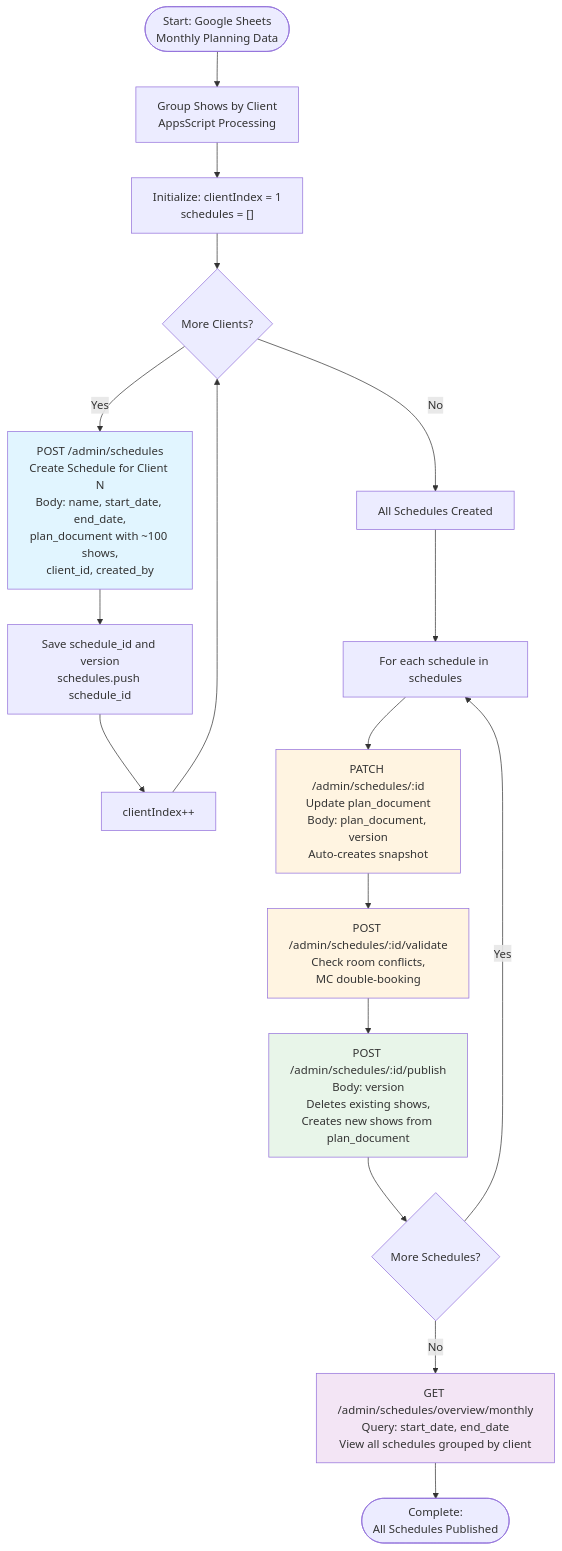
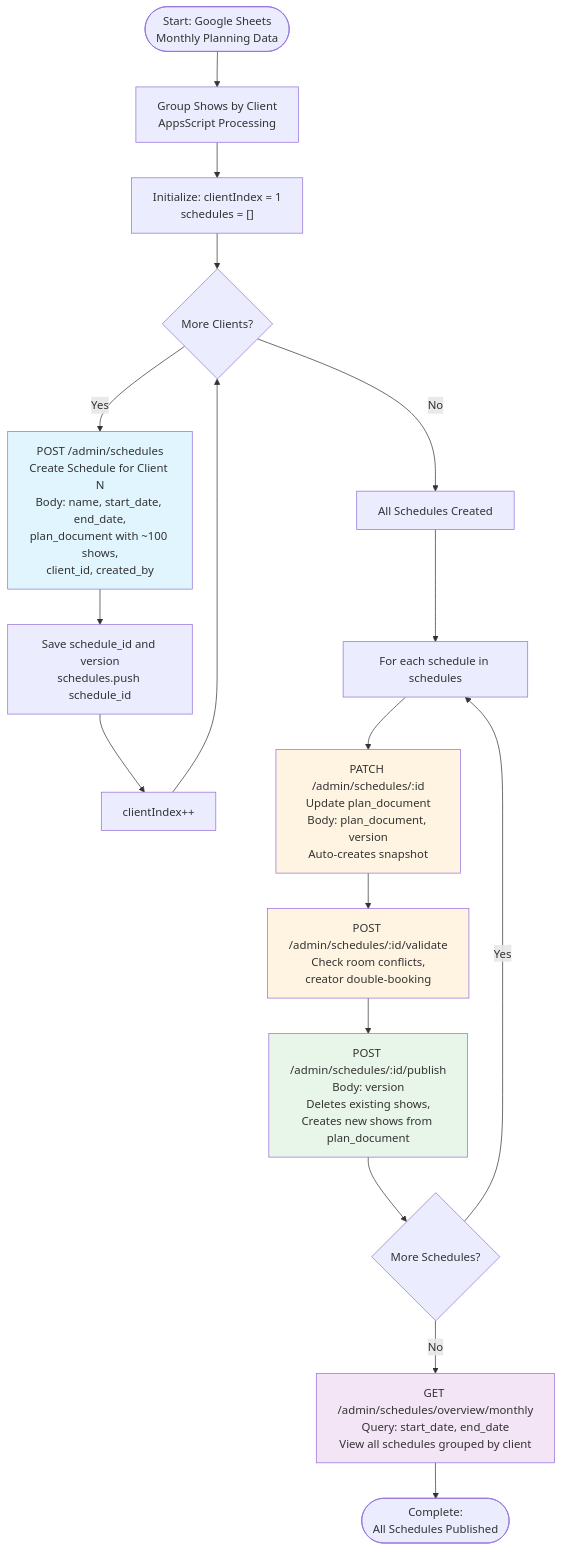
One commit to allenlin90/eridu-services changed the first of 2 diagrams in apps/erify_api/manual-test/schedule-planning/GOOGLE_SHEETS_WORKFLOW.md. Above: the diagram before and after it, drawn with Mermaid. The commit also changed other lines of this file and 88 other files, not shown here.

````diff
--- a/apps/erify_api/manual-test/schedule-planning/GOOGLE_SHEETS_WORKFLOW.md
+++ b/apps/erify_api/manual-test/schedule-planning/GOOGLE_SHEETS_WORKFLOW.md
@@ -11,32 +11,32 @@
 ```mermaid
 flowchart TD
     Start([Start: Google Sheets<br/>Monthly Planning Data]) --> Group[Group Shows by Client<br/>AppsScript Processing]
     Group --> InitLoop["Initialize: clientIndex = 1<br/>schedules = []"]
     InitLoop --> CheckClients{More Clients?}
 
     CheckClients -->|No| AllCreated[All Schedules Created]
     CheckClients -->|Yes| CreateSchedule["POST /admin/schedules<br/>Create Schedule for Client N<br/>Body: name, start_date, end_date,<br/>plan_document with ~100 shows,<br/>client_id, created_by"]
 
     CreateSchedule --> SaveSchedule["Save schedule_id and version<br/>schedules.push schedule_id"]
     SaveSchedule --> IncrementClient["clientIndex++"]
     IncrementClient --> CheckClients
 
     AllCreated --> ReviewLoop[For each schedule in schedules]
     ReviewLoop --> UpdateSchedule["PATCH /admin/schedules/:id<br/>Update plan_document<br/>Body: plan_document, version<br/>Auto-creates snapshot"]
 
-    UpdateSchedule --> ValidateSchedule["POST /admin/schedules/:id/validate<br/>Check room conflicts,<br/>MC double-booking"]
+    UpdateSchedule --> ValidateSchedule["POST /admin/schedules/:id/validate<br/>Check room conflicts,<br/>creator double-booking"]
 
     ValidateSchedule --> PublishSchedule["POST /admin/schedules/:id/publish<br/>Body: version<br/>Deletes existing shows,<br/>Creates new shows from plan_document"]
 
     PublishSchedule --> NextSchedule{More Schedules?}
     NextSchedule -->|Yes| ReviewLoop
     NextSchedule -->|No| MonthlyOverview["GET /admin/schedules/overview/monthly<br/>Query: start_date, end_date<br/>View all schedules grouped by client"]
 
     MonthlyOverview --> Complete([Complete:<br/>All Schedules Published])
 
     style CreateSchedule fill:#e1f5ff
     style UpdateSchedule fill:#fff4e1
     style ValidateSchedule fill:#fff4e1
     style PublishSchedule fill:#e8f5e9
     style MonthlyOverview fill:#f3e5f5
 ```
````
